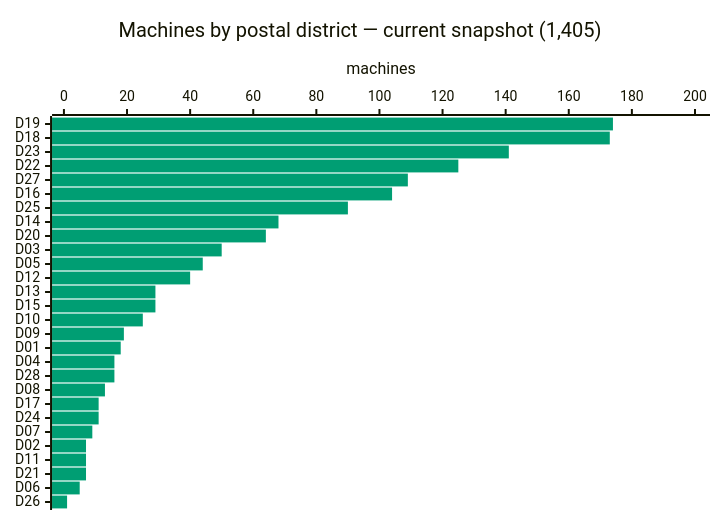
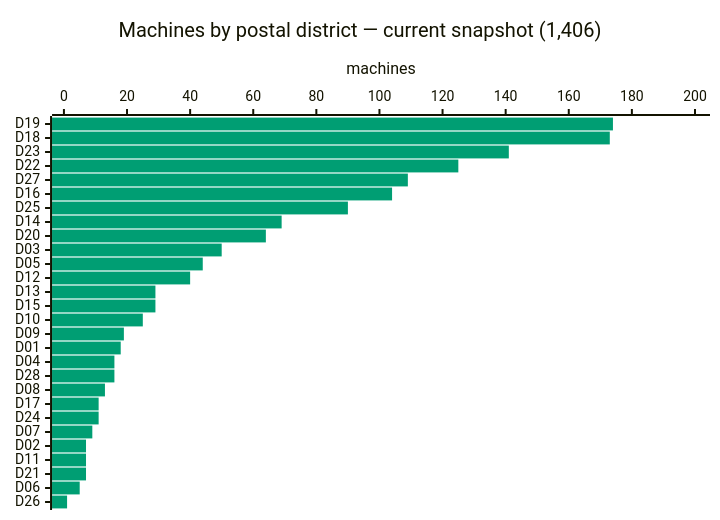
Before and after one commit to cheeaun/returnright-data: the third of 5 diagrams in ANALYSIS.md, drawn with Mermaid. The commit also changed other lines of this file and 4 other files, not shown here.

````diff
--- a/ANALYSIS.md
+++ b/ANALYSIS.md
@@ -88,16 +88,16 @@
 ```mermaid
 ---
 config:
   themeVariables:
     xyChart:
       plotColorPalette: "#009E73"
   xyChart:
     chartOrientation: "horizontal"
     plotReservedSpacePercent: 40
 ---
 xychart-beta
-    title "Machines by postal district — current snapshot (1,405)"
+    title "Machines by postal district — current snapshot (1,406)"
     x-axis ["D19", "D18", "D23", "D22", "D27", "D16", "D25", "D14", "D20", "D03", "D05", "D12", "D13", "D15", "D10", "D09", "D01", "D04", "D28", "D08", "D17", "D24", "D07", "D02", "D11", "D21", "D06", "D26"]
     y-axis "machines" 0 --> 201
-    bar [174, 173, 141, 125, 109, 104, 90, 68, 64, 50, 44, 40, 29, 29, 25, 19, 18, 16, 16, 13, 11, 11, 9, 7, 7, 7, 5, 1]
+    bar [174, 173, 141, 125, 109, 104, 90, 69, 64, 50, 44, 40, 29, 29, 25, 19, 18, 16, 16, 13, 11, 11, 9, 7, 7, 7, 5, 1]
 ```
````
